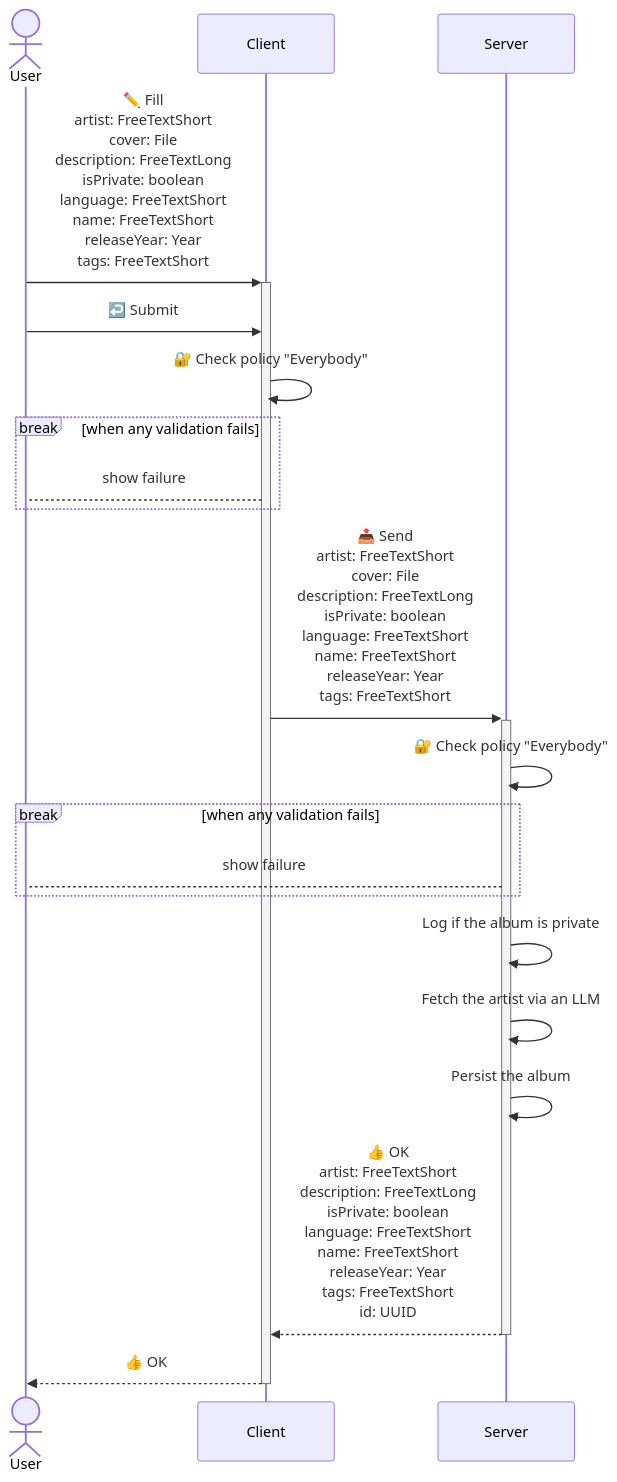
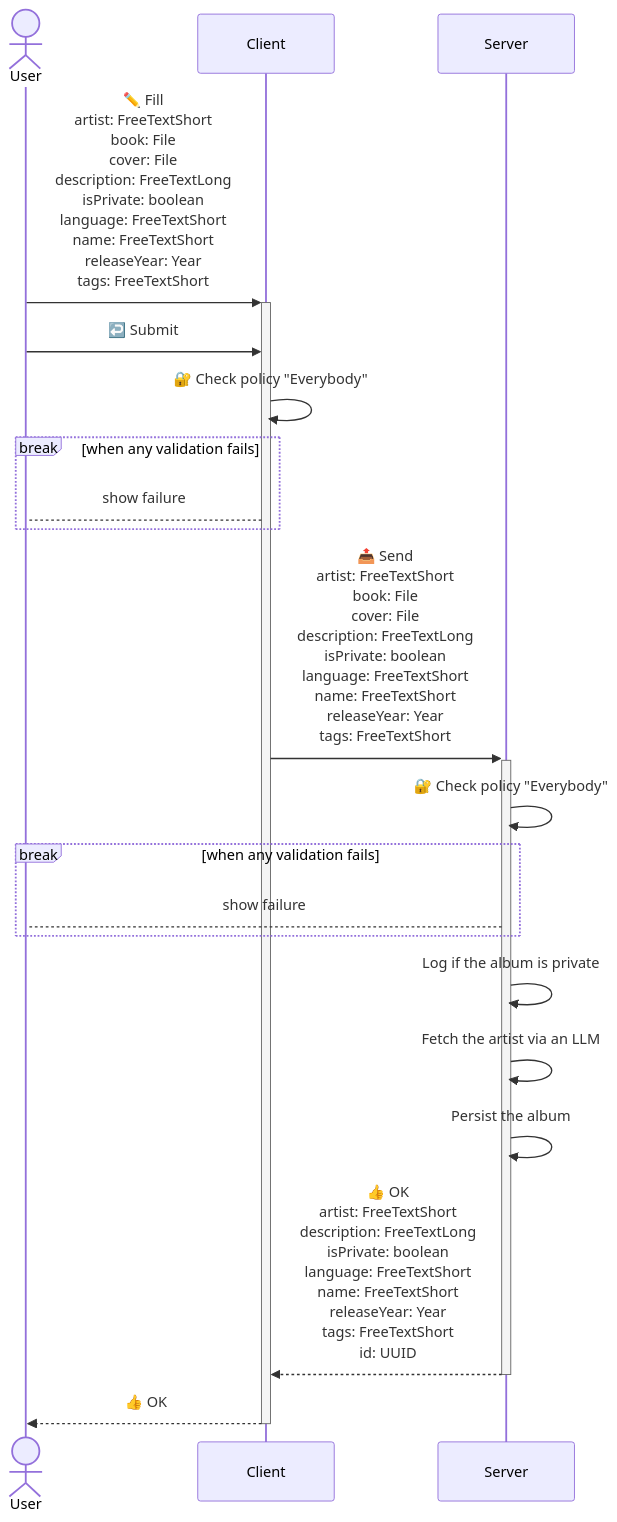
The first of 6 diagrams in examples/apps/Spotify/README.md (c100k/libmodulor), drawn with Mermaid before and after one commit. The commit also changed other lines of this file and 21 other files, not shown here.

````diff
--- a/examples/apps/Spotify/README.md
+++ b/examples/apps/Spotify/README.md
@@ -51,20 +52,20 @@
 ```mermaid
 sequenceDiagram
     actor User
-    User->>+Client: ✏️ Fill<br/>artist: FreeTextShort<br/>cover: File<br/>description: FreeTextLong<br/>isPrivate: boolean<br/>language: FreeTextShort<br/>name: FreeTextShort<br/>releaseYear: Year<br/>tags: FreeTextShort
+    User->>+Client: ✏️ Fill<br/>artist: FreeTextShort<br/>book: File<br/>cover: File<br/>description: FreeTextLong<br/>isPrivate: boolean<br/>language: FreeTextShort<br/>name: FreeTextShort<br/>releaseYear: Year<br/>tags: FreeTextShort
     User->>Client: ↩️ Submit
     Client->>Client: 🔐 Check policy "Everybody"
     break when any validation fails
         Client-->User: show failure
     end
-    Client->>+Server: 📤 Send<br/>artist: FreeTextShort<br/>cover: File<br/>description: FreeTextLong<br/>isPrivate: boolean<br/>language: FreeTextShort<br/>name: FreeTextShort<br/>releaseYear: Year<br/>tags: FreeTextShort
+    Client->>+Server: 📤 Send<br/>artist: FreeTextShort<br/>book: File<br/>cover: File<br/>description: FreeTextLong<br/>isPrivate: boolean<br/>language: FreeTextShort<br/>name: FreeTextShort<br/>releaseYear: Year<br/>tags: FreeTextShort
     Server->>Server: 🔐 Check policy "Everybody"
     break when any validation fails
         Server-->User: show failure
     end
     Server->>Server: Log if the album is private
     Server->>Server: Fetch the artist via an LLM
     Server->>Server: Persist the album
     Server-->>-Client: 👍 OK<br/>artist: FreeTextShort<br/>description: FreeTextLong<br/>isPrivate: boolean<br/>language: FreeTextShort<br/>name: FreeTextShort<br/>releaseYear: Year<br/>tags: FreeTextShort<br/>id: UUID
     Client-->>-User: 👍 OK
 ```
````
